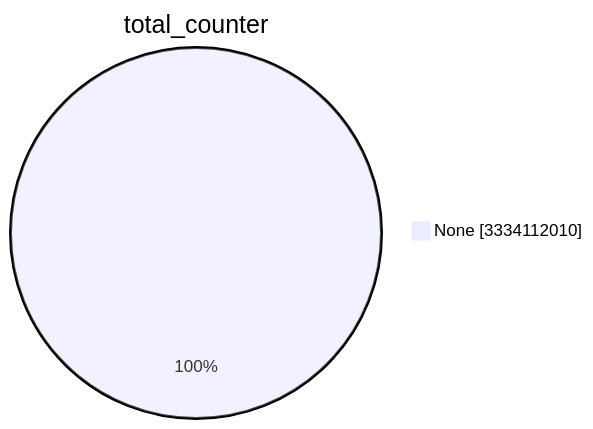
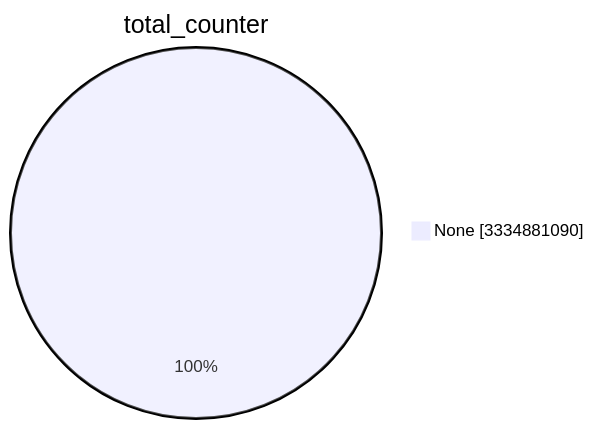
Before and after one commit to christiankrug/ctmonitor_visualization: the first of 15 diagrams in TOTAL/README.md, drawn with Mermaid. The commit also changed other lines of this file, not shown here.

````diff
--- a/TOTAL/README.md
+++ b/TOTAL/README.md
@@ -1,5 +1,5 @@
 ```mermaid
 pie showData
 title total_counter
-"None" :3334112010
+"None" :3334881090
 ```
````
